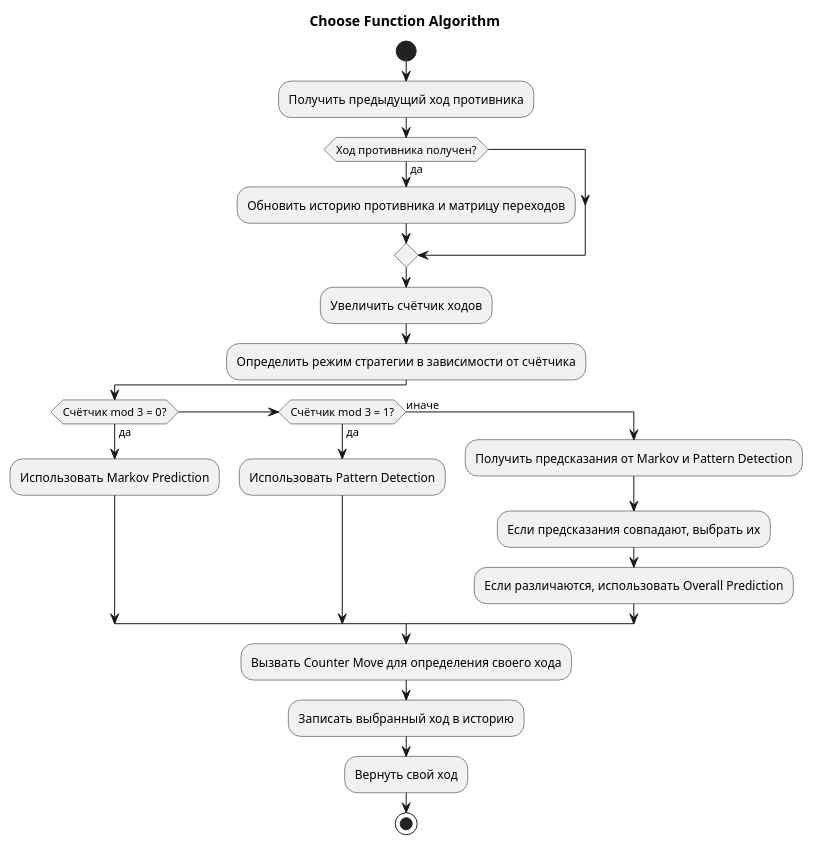
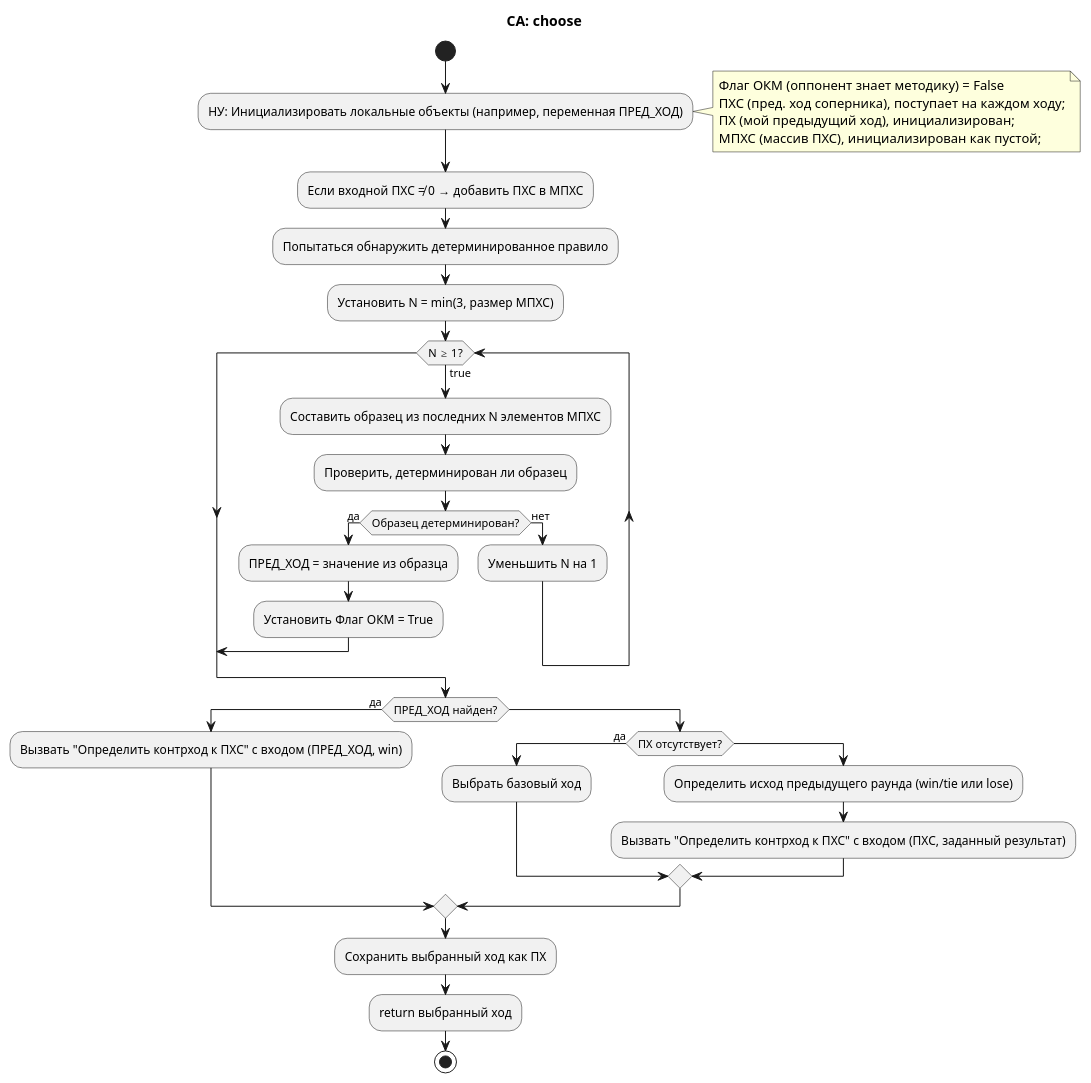
The first of 2 diagrams in plantuml/choose.puml (Soundflog/rps-bot-python), drawn with PlantUML before and after one commit. The commit also changed other lines of this file and 8 other files, not shown here.

```diff
--- a/plantuml/choose.puml
+++ b/plantuml/choose.puml
@@ -1,25 +1,40 @@
-@startuml
-' Диаграмма алгоритма choose
-title Choose Function Algorithm
+@startuml SA_choose
+title СА: choose
+start
+:НУ: Инициализировать локальные объекты (например, переменная ПРЕД_ХОД);
+note right
+    Флаг ОКМ (оппонент знает методику) = False
+    ПХС (пред. ход соперника), поступает на каждом ходу;
+    ПХ (мой предыдущий ход), инициализирован;
+    МПХС (массив ПХС), инициализирован как пустой;
+end note
+:Если входной ПХС ≠ 0 → добавить ПХС в МПХС;
+:Попытаться обнаружить детерминированное правило;
 
-start
-:Получить предыдущий ход противника;
-if (Ход противника получен?) then (да)
-  :Обновить историю противника и матрицу переходов;
+:Установить N = min(3, размер МПХС);
+while (N ≥ 1?) is (true)
+  :Составить образец из последних N элементов МПХС;
+  :Проверить, детерминирован ли образец;
+  if (Образец детерминирован?) then (да)
+    :ПРЕД_ХОД = значение из образца;
+    :Установить Флаг ОКМ = True;
+    break
+  else (нет)
+    :Уменьшить N на 1;
+  endif
+endwhile
+
+if (ПРЕД_ХОД найден?) then (да)
+  :Вызвать "Определить контрход к ПХС" с входом (ПРЕД_ХОД, win);
+else
+  if (ПХ отсутствует?) then (да)
+    :Выбрать базовый ход;
+  else
+    :Определить исход предыдущего раунда (win/tie или lose);
+    :Вызвать "Определить контрход к ПХС" с входом (ПХС, заданный результат);
+  endif
 endif
-:Увеличить счётчик ходов;
-:Определить режим стратегии в зависимости от счётчика;
-if (Счётчик mod 3 = 0?) then (да)
-  :Использовать Markov Prediction;
-elseif (Счётчик mod 3 = 1?) then (да)
-  :Использовать Pattern Detection;
-else (иначе)
-  :Получить предсказания от Markov и Pattern Detection;
-  :Если предсказания совпадают, выбрать их;
-  :Если различаются, использовать Overall Prediction;
-endif
-:Вызвать Counter Move для определения своего хода;
-:Записать выбранный ход в историю;
-:Вернуть свой ход;
+:Сохранить выбранный ход как ПХ;
+:return выбранный ход;
 stop
 @enduml
```
